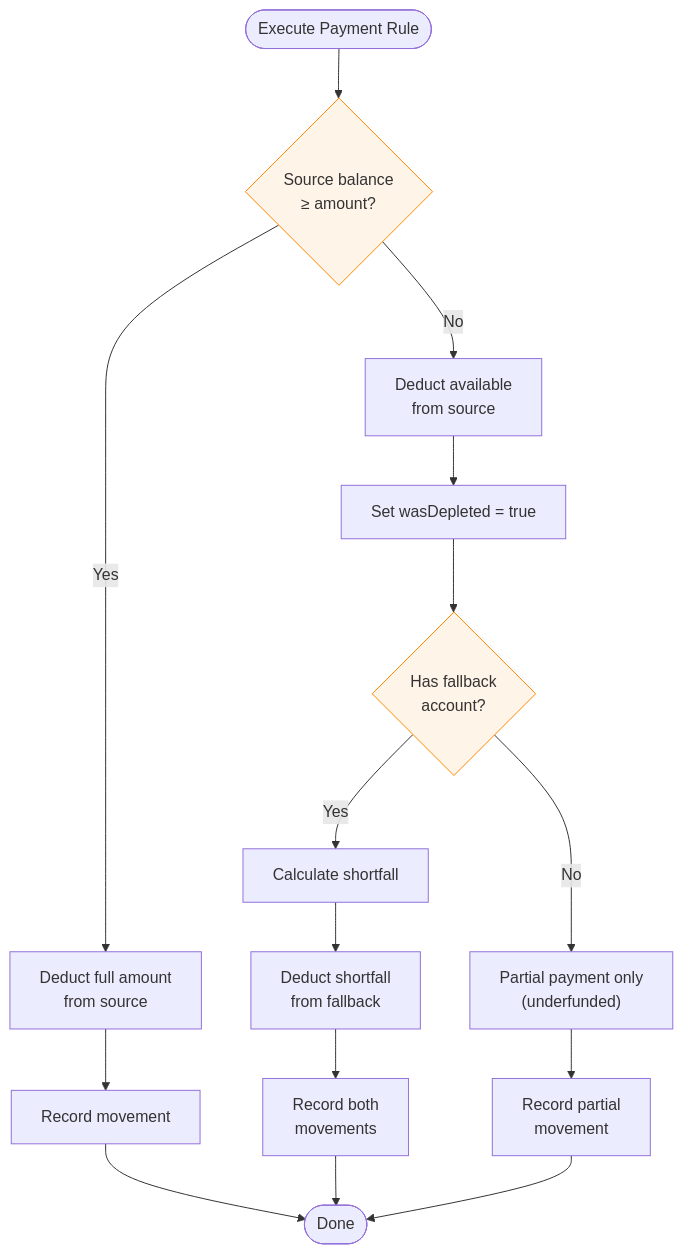
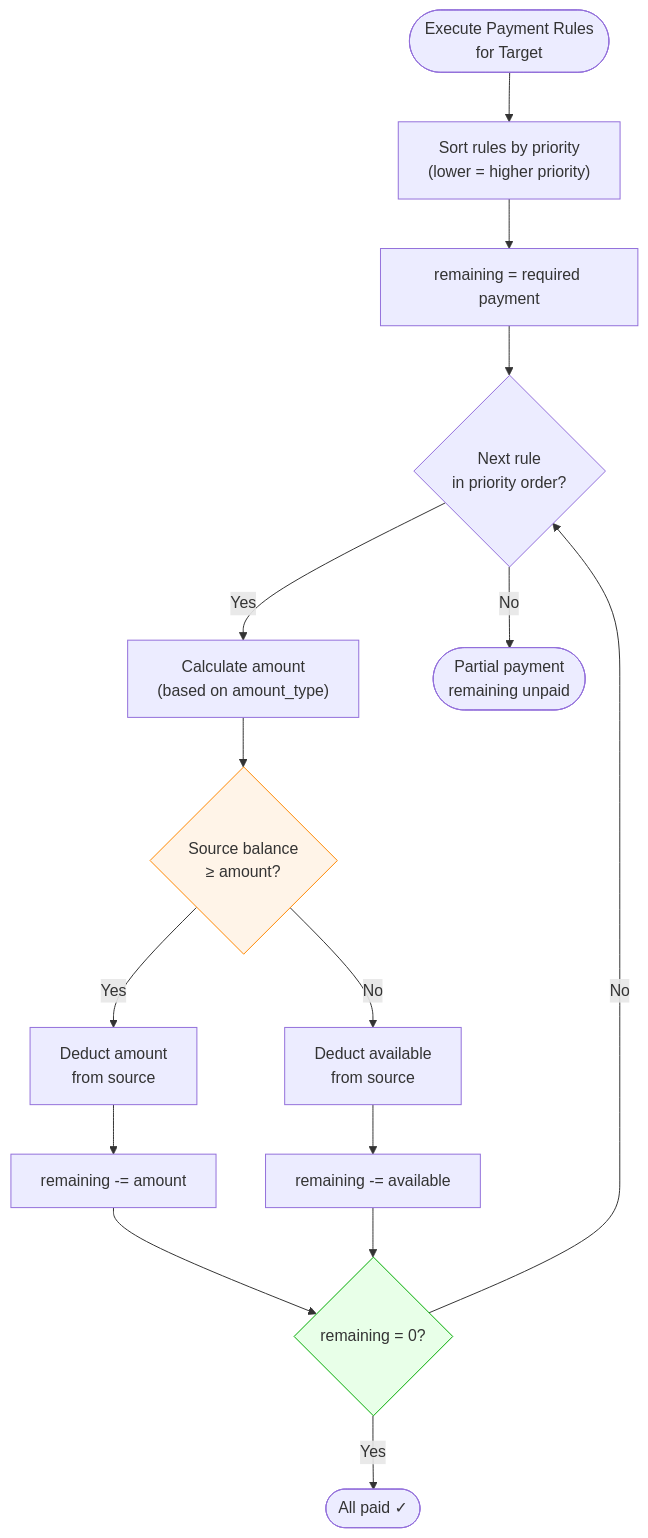
One commit to jcleow/wealthproject changed diagram 11 of 11 in specs/fund-flow-rules.md. Above: the diagram before and after it, drawn with Mermaid. The commit also changed other lines of this file and 8 other files, not shown here.

First line of the commit message:
feat(fund-flow-rules): auto-generate transfer rules for property sale proceeds

````diff
--- a/specs/fund-flow-rules.md
+++ b/specs/fund-flow-rules.md
@@ -1208,26 +1199,28 @@
 ```mermaid
 flowchart TD
-    Start([Execute Payment Rule]) --> CheckSource
+    Start([Execute Payment Rules<br/>for Target]) --> SortRules["Sort rules by priority<br/>(lower = higher priority)"]
+    SortRules --> InitRemaining["remaining = required payment"]
+    InitRemaining --> NextRule
 
-    CheckSource{"Source balance<br/>≥ amount?"}
+    NextRule{"Next rule<br/>in priority order?"}
 
-    CheckSource -->|Yes| FullPay["Deduct full amount<br/>from source"]
-    FullPay --> Record["Record movement"]
-    Record --> Done([Done])
+    NextRule -->|Yes| CalcAmount["Calculate amount<br/>(based on amount_type)"]
+    CalcAmount --> CheckSource{"Source balance<br/>≥ amount?"}
+
+    CheckSource -->|Yes| FullPay["Deduct amount<br/>from source"]
+    FullPay --> UpdateRemaining["remaining -= amount"]
+    UpdateRemaining --> CheckDone
 
     CheckSource -->|No| Partial["Deduct available<br/>from source"]
-    Partial --> SetDepleted["Set wasDepleted = true"]
-    SetDepleted --> CheckFallback{"Has fallback<br/>account?"}
+    Partial --> UpdatePartial["remaining -= available"]
+    UpdatePartial --> CheckDone
 
-    CheckFallback -->|Yes| CalcShortfall["Calculate shortfall"]
-    CalcShortfall --> DeductFallback["Deduct shortfall<br/>from fallback"]
-    DeductFallback --> RecordBoth["Record both<br/>movements"]
-    RecordBoth --> Done
+    CheckDone{"remaining = 0?"}
+    CheckDone -->|Yes| Done([All paid ✓])
+    CheckDone -->|No| NextRule
 
-    CheckFallback -->|No| PartialOnly["Partial payment only<br/>(underfunded)"]
-    PartialOnly --> RecordPartial["Record partial<br/>movement"]
-    RecordPartial --> Done
+    NextRule -->|No| Underfunded([Partial payment<br/>remaining unpaid])
 
     style CheckSource fill:#fff4e8,stroke:#f80
-    style CheckFallback fill:#fff4e8,stroke:#f80
+    style CheckDone fill:#e8ffe8,stroke:#0a0
 ```
````
